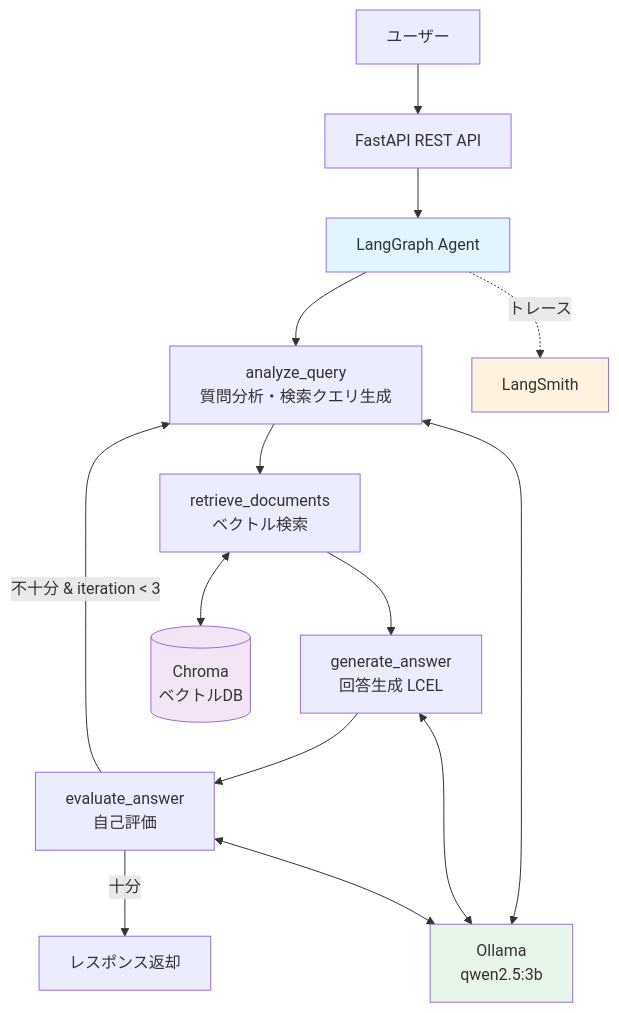
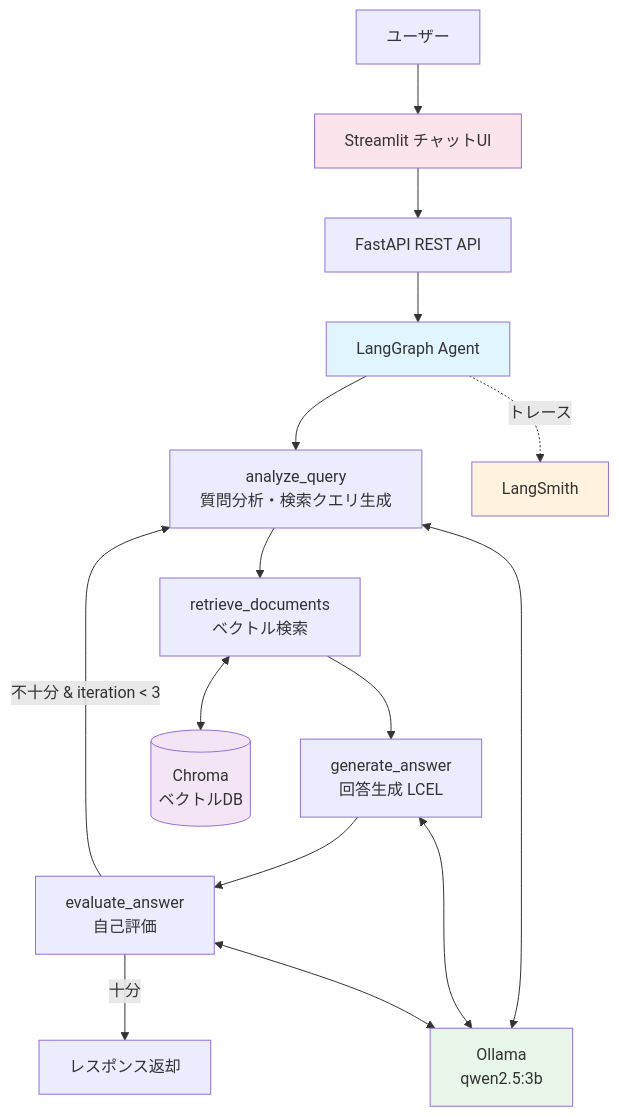
Before and after one commit to haraharagomadohu-web/RAG-QA-Agent: the diagram in README.md, drawn with Mermaid. The commit also changed other lines of this file and 4 other files, not shown here.

````diff
--- a/README.md
+++ b/README.md
@@ -32,25 +32,27 @@
 ```mermaid
 graph TD
-    User[ユーザー] --> API[FastAPI REST API]
+    User[ユーザー] --> UI[Streamlit チャットUI]
+    UI --> API[FastAPI REST API]
     API --> Agent[LangGraph Agent]
 
     Agent --> AQ[analyze_query<br/>質問分析・検索クエリ生成]
     AQ --> RD[retrieve_documents<br/>ベクトル検索]
     RD --> GA[generate_answer<br/>回答生成 LCEL]
     GA --> EA[evaluate_answer<br/>自己評価]
 
     EA -->|不十分 & iteration < 3| AQ
     EA -->|十分| Response[レスポンス返却]
 
     RD <--> Chroma[(Chroma<br/>ベクトルDB)]
     AQ <--> Ollama[Ollama<br/>qwen2.5:3b]
     GA <--> Ollama
     EA <--> Ollama
 
     Agent -.->|トレース| LS[LangSmith]
 
+    style UI fill:#fce4ec
     style Agent fill:#e1f5fe
     style Chroma fill:#f3e5f5
     style Ollama fill:#e8f5e9
     style LS fill:#fff3e0
 ```
````
